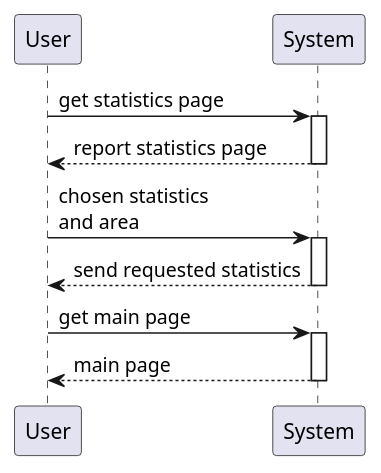
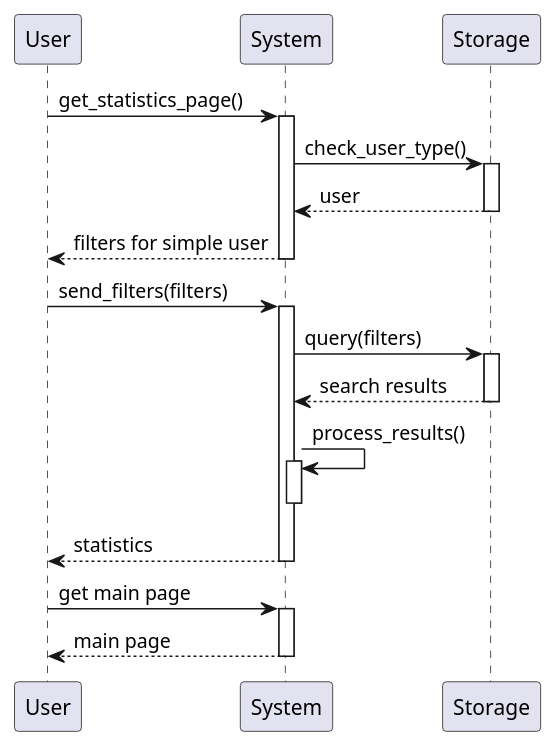
One commit to GiorgioUghini/SafeStreets changed the second of 3 diagrams in RASD/materials/uml/useCases/reports.wsd. Above: the diagram before and after it, drawn with PlantUML. The commit also changed other lines of this file and 1 other file, not shown here.

Commit message:
Update sequence diagrams

```diff
--- a/RASD/materials/uml/useCases/reports.wsd
+++ b/RASD/materials/uml/useCases/reports.wsd
@@ -13,13 +20,20 @@
 @startuml information_mining
     participant User as U
     participant System as S
+    participant Storage as ST
 
     autoactivate on
 
-    U -> S: get statistics page
-    return report statistics page
-    U -> S: chosen statistics\nand area
-    return send requested statistics
+    U -> S: get_statistics_page()
+    S -> ST: check_user_type()
+    return user
+    return filters for simple user
+    U -> S: send_filters(filters)
+    S -> ST: query(filters)
+    return search results
+    S -> S: process_results()
+    deactivate S
+    return statistics
     U -> S: get main page
     return main page
 @enduml
```
